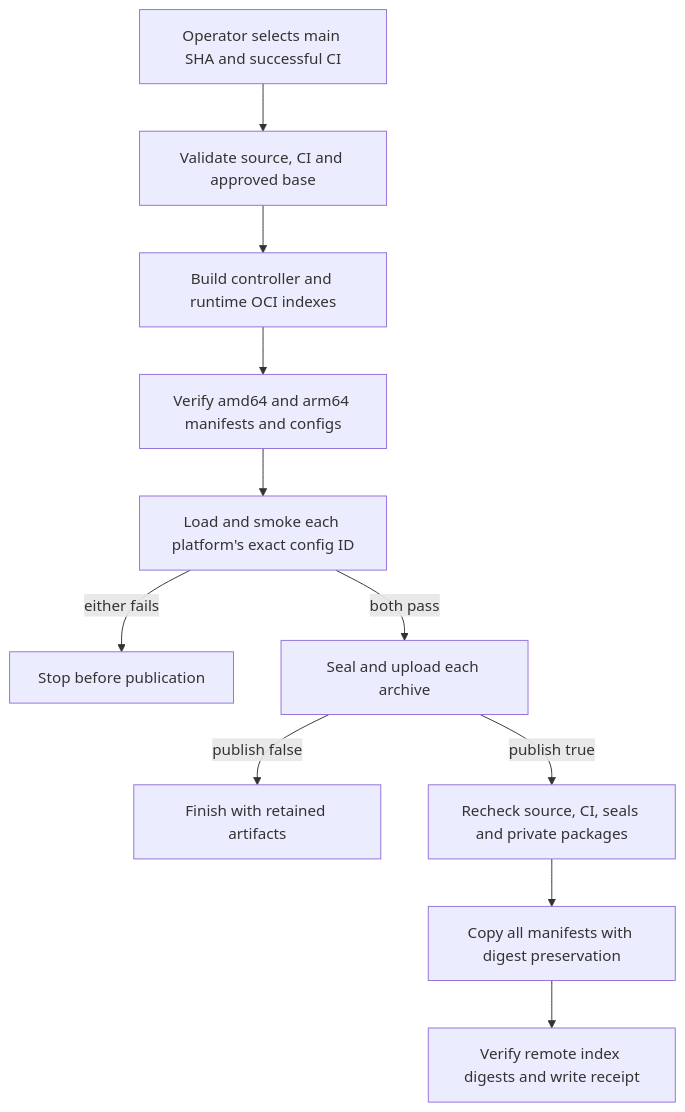
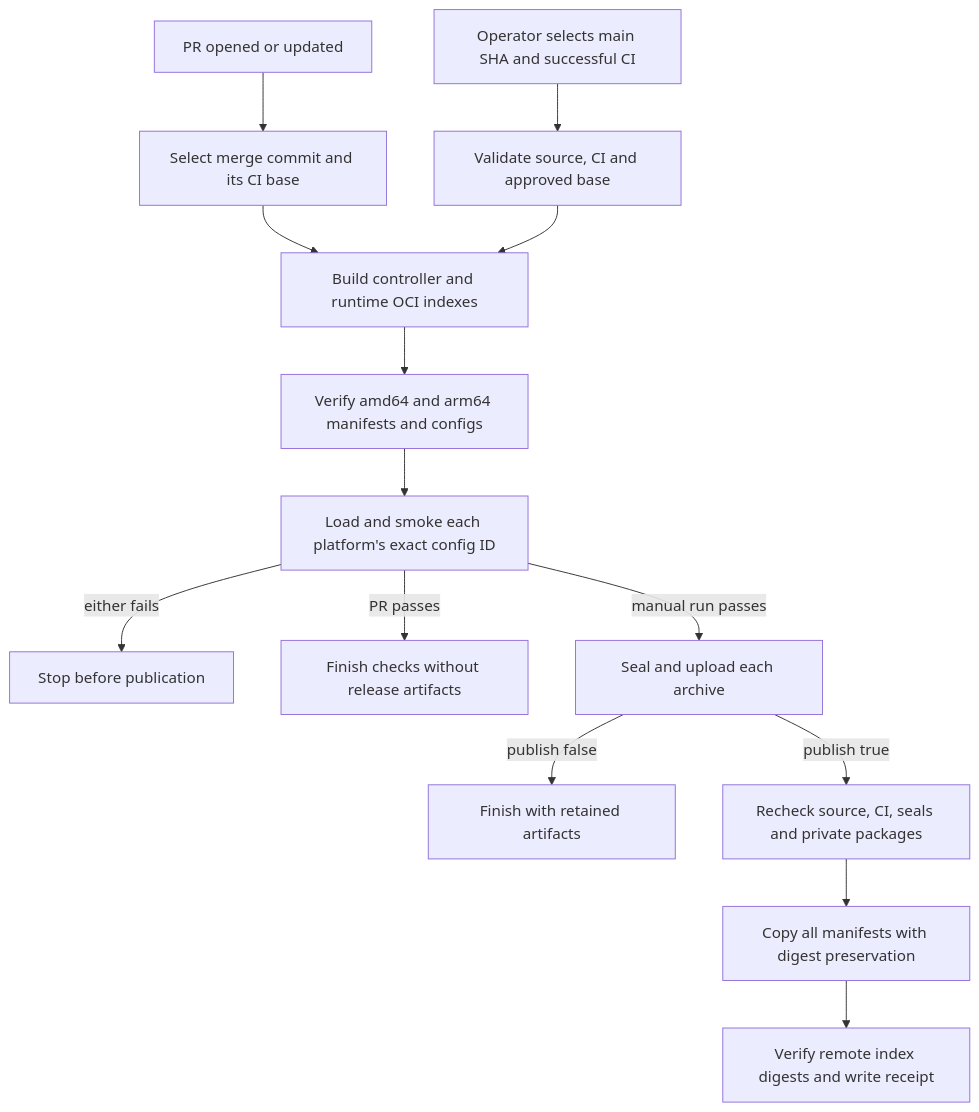
The diagram in docs/flows/container-publication.md (IsaiahStapleton/openclaw-enterprise), drawn with Mermaid before and after one commit. The commit also changed other lines of this file and 3 other files, not shown here.

````diff
--- a/docs/flows/container-publication.md
+++ b/docs/flows/container-publication.md
@@ -29,13 +32,16 @@
 ```mermaid
 graph TD
   A["Operator selects main SHA and successful CI"] --> B["Validate source, CI and approved base"]
-  B --> C["Build controller and runtime OCI indexes"]
+  P["PR opened or updated"] --> Q["Select merge commit and its CI base"]
+  Q --> C["Build controller and runtime OCI indexes"]
+  B --> C
   C --> D["Verify amd64 and arm64 manifests and configs"]
   D --> E["Load and smoke each platform's exact config ID"]
   E -->|either fails| X["Stop before publication"]
-  E -->|both pass| F["Seal and upload each archive"]
+  E -->|PR passes| R["Finish checks without release artifacts"]
+  E -->|manual run passes| F["Seal and upload each archive"]
   F -->|publish false| G["Finish with retained artifacts"]
   F -->|publish true| I["Recheck source, CI, seals and private packages"]
   I --> J["Copy all manifests with digest preservation"]
   J --> K["Verify remote index digests and write receipt"]
 ```
````
